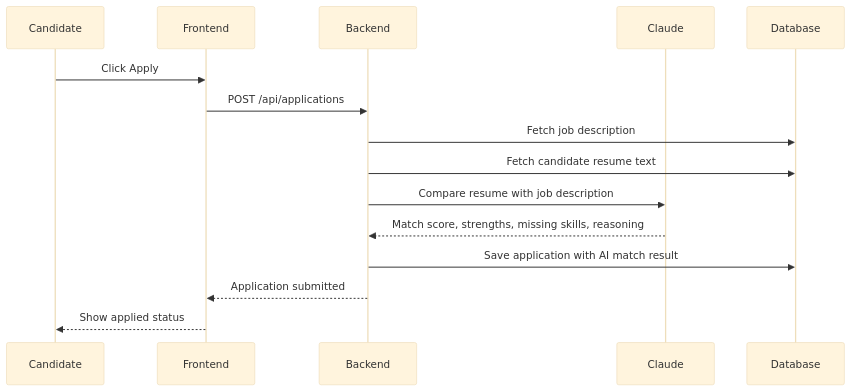
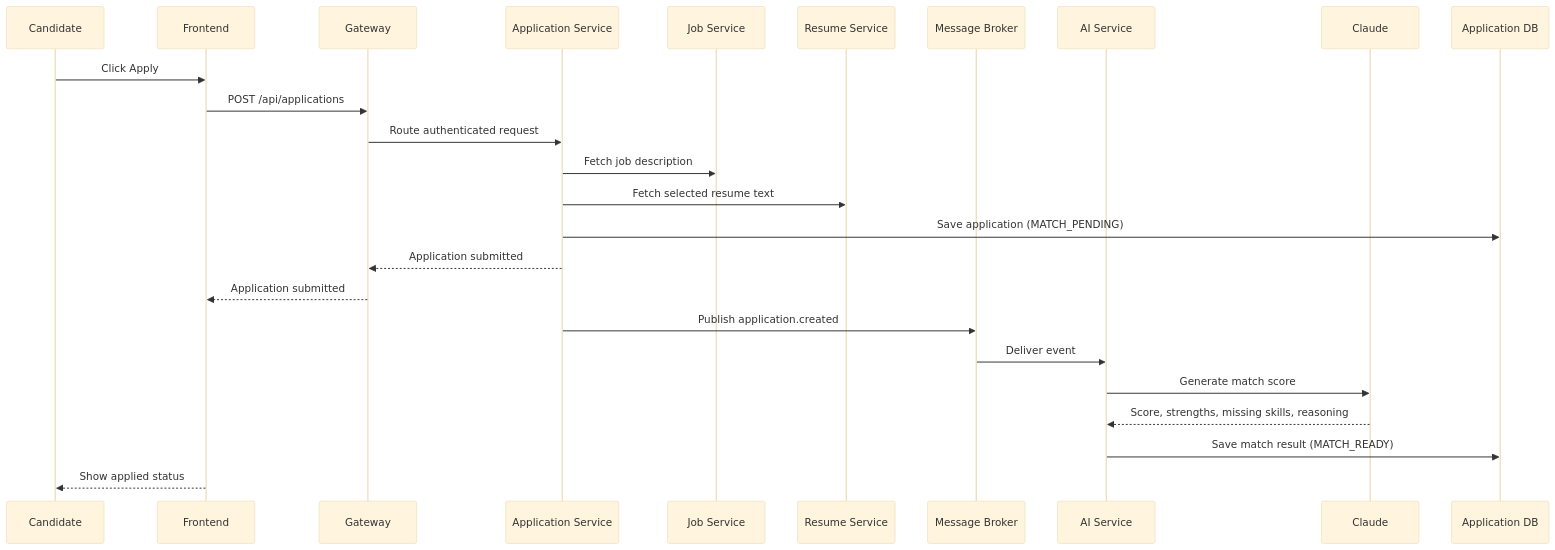
Before and after one commit to jayanttomar/SmartHire-AI-Backend: the sixth of 7 diagrams in docs/project-design.md, drawn with Mermaid (base theme). The commit also changed other lines of this file and 11 other files, not shown here.

````diff
--- a/docs/project-design.md
+++ b/docs/project-design.md
@@ -197,18 +224,28 @@
 ```mermaid
 sequenceDiagram
     participant Candidate
     participant Frontend
-    participant Backend
+    participant Gateway
+    participant ApplicationService as Application Service
+    participant JobService as Job Service
+    participant ResumeService as Resume Service
+    participant Broker as Message Broker
+    participant AIService as AI Service
     participant Claude
-    participant Database
+    participant ApplicationDB as Application DB
 
     Candidate->>Frontend: Click Apply
-    Frontend->>Backend: POST /api/applications
-    Backend->>Database: Fetch job description
-    Backend->>Database: Fetch candidate resume text
-    Backend->>Claude: Compare resume with job description
-    Claude-->>Backend: Match score, strengths, missing skills, reasoning
-    Backend->>Database: Save application with AI match result
-    Backend-->>Frontend: Application submitted
+    Frontend->>Gateway: POST /api/applications
+    Gateway->>ApplicationService: Route authenticated request
+    ApplicationService->>JobService: Fetch job description
+    ApplicationService->>ResumeService: Fetch selected resume text
+    ApplicationService->>ApplicationDB: Save application (MATCH_PENDING)
+    ApplicationService-->>Gateway: Application submitted
+    Gateway-->>Frontend: Application submitted
+    ApplicationService->>Broker: Publish application.created
+    Broker->>AIService: Deliver event
+    AIService->>Claude: Generate match score
+    Claude-->>AIService: Score, strengths, missing skills, reasoning
+    AIService->>ApplicationDB: Save match result (MATCH_READY)
     Frontend-->>Candidate: Show applied status
 ```
````
